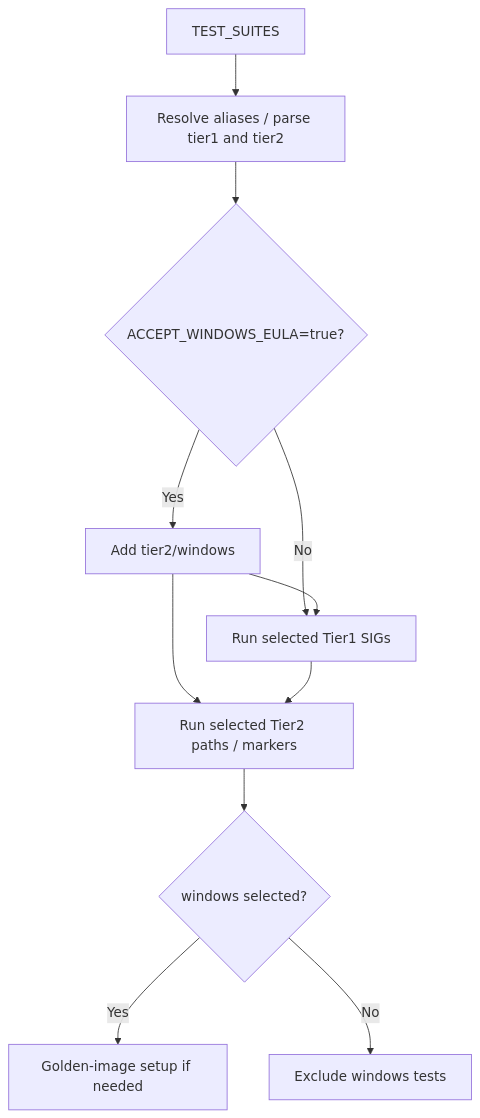
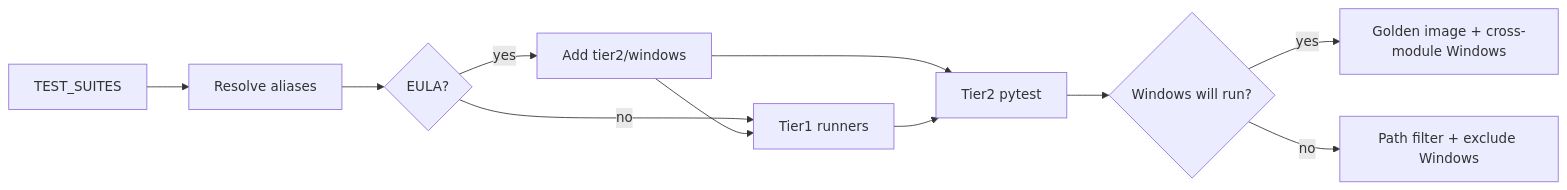
The diagram in docs/TEST_SUITES_FILTERING_DESIGN.md (Ahmad-Hafe/ocp-virt-validation-checkup), drawn with Mermaid before and after one commit. The commit also changed other lines of this file, not shown here.

First line of the commit message:
docs: clean up TEST_SUITES design doc to match shipped behavior

````diff
--- a/docs/TEST_SUITES_FILTERING_DESIGN.md
+++ b/docs/TEST_SUITES_FILTERING_DESIGN.md
@@ -59,13 +68,13 @@
 ```mermaid
-flowchart TD
-    A["TEST_SUITES"] --> B["Resolve aliases / parse tier1 and tier2"]
-    B --> W{"ACCEPT_WINDOWS_EULA=true?"}
-    W -->|Yes| X["Add tier2/windows"]
-    W -->|No| C
-    X --> C["Run selected Tier1 SIGs"]
-    X --> D["Run selected Tier2 paths / markers"]
-    C --> D
-    D --> E{"windows selected?"}
-    E -->|Yes| F["Golden-image setup if needed"]
-    E -->|No| G["Exclude windows tests"]
+flowchart LR
+  A[TEST_SUITES] --> B[Resolve aliases]
+  B --> C{EULA?}
+  C -->|yes| D[Add tier2/windows]
+  C -->|no| E[Tier1 runners]
+  D --> E
+  D --> F[Tier2 pytest]
+  E --> F
+  F --> G{Windows will run?}
+  G -->|yes| H[Golden image + cross-module Windows]
+  G -->|no| I[Path filter + exclude Windows]
 ```
````
